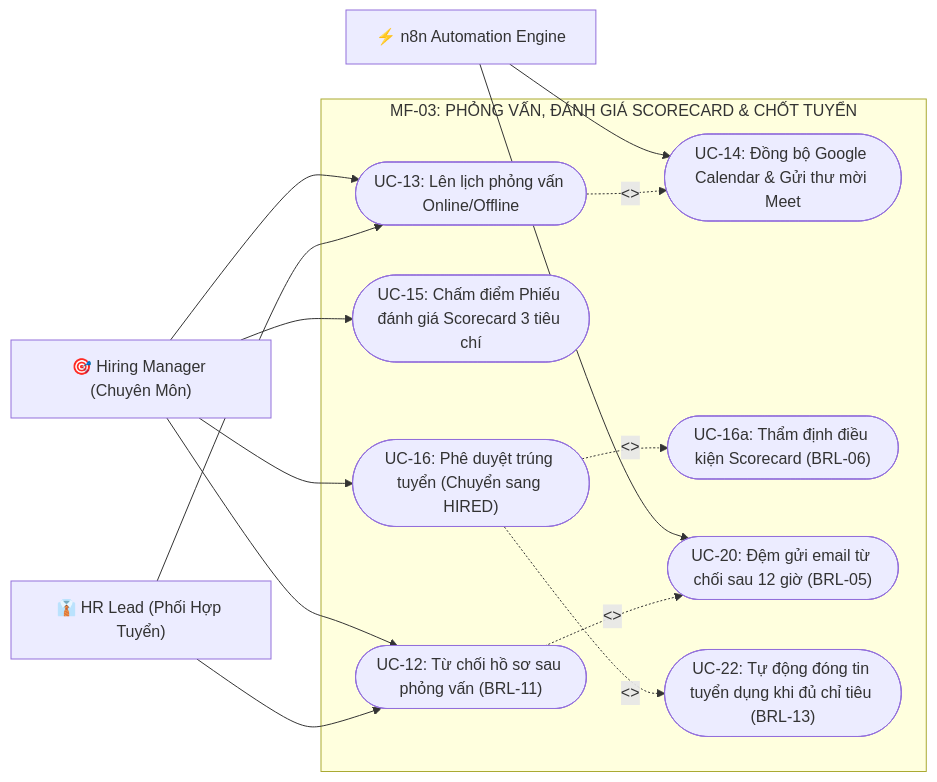
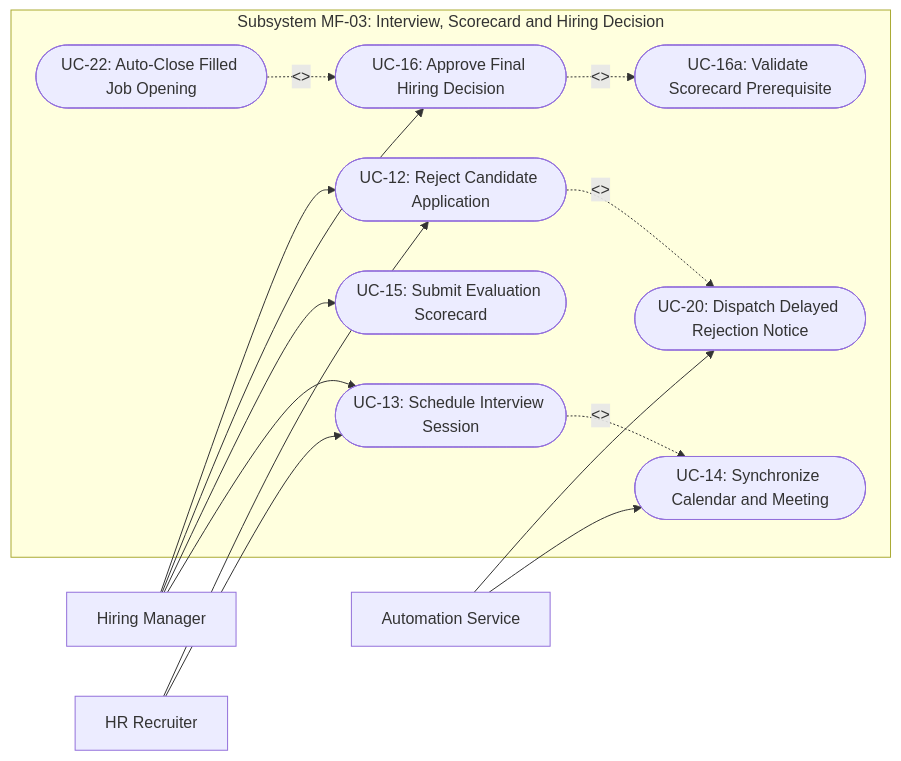
Before and after one commit to TheBigMouse-Fstack/ats-applicant_tracking_system: the eighth of 10 diagrams in docs/diagrams/03_usecase_diagram.md, drawn with Mermaid. The commit also changed other lines of this file and 6 other files, not shown here.

Commit message:
docs(diagrams): convert all use case diagrams and specs to english, remove icons, and align strictly with UML 2.5 standards

````diff
--- a/docs/diagrams/03_usecase_diagram.md
+++ b/docs/diagrams/03_usecase_diagram.md
@@ -466,33 +476,33 @@
 ```mermaid
 flowchart LR
-    HiringMgr["🎯 Hiring Manager (Chuyên Môn)"]
-    Recruiter["👔 HR Lead (Phối Hợp Tuyển)"]
-    AutoService["⚡ n8n Automation Engine"]
+    HiringMgr["Hiring Manager"]
+    Recruiter["HR Recruiter"]
+    AutoService["Automation Service"]
 
-    subgraph MF03["MF-03: PHỎNG VẤN, ĐÁNH GIÁ SCORECARD & CHỐT TUYỂN"]
-        UC13(["UC-13: Lên lịch phỏng vấn Online/Offline"])
-        UC14(["UC-14: Đồng bộ Google Calendar & Gửi thư mời Meet"])
-        UC15(["UC-15: Chấm điểm Phiếu đánh giá Scorecard 3 tiêu chí"])
-        UC16(["UC-16: Phê duyệt trúng tuyển (Chuyển sang HIRED)"])
-        UC16a(["UC-16a: Thẩm định điều kiện Scorecard (BRL-06)"])
-        UC12(["UC-12: Từ chối hồ sơ sau phỏng vấn (BRL-11)"])
-        UC20(["UC-20: Đệm gửi email từ chối sau 12 giờ (BRL-05)"])
-        UC22(["UC-22: Tự động đóng tin tuyển dụng khi đủ chỉ tiêu (BRL-13)"])
+    subgraph MF03["Subsystem MF-03: Interview, Scorecard and Hiring Decision"]
+        UC13(["UC-13: Schedule Interview Session"])
+        UC14(["UC-14: Synchronize Calendar and Meeting"])
+        UC15(["UC-15: Submit Evaluation Scorecard"])
+        UC16(["UC-16: Approve Final Hiring Decision"])
+        UC16a(["UC-16a: Validate Scorecard Prerequisite"])
+        UC12(["UC-12: Reject Candidate Application"])
+        UC20(["UC-20: Dispatch Delayed Rejection Notice"])
+        UC22(["UC-22: Auto-Close Filled Job Opening"])
     end
 
     HiringMgr --> UC13
     HiringMgr --> UC15
     HiringMgr --> UC16
     HiringMgr --> UC12
 
     Recruiter --> UC13
     Recruiter --> UC12
 
     AutoService --> UC14
     AutoService --> UC20
 
     UC13 -. "<<include>>" .-> UC14
     UC16 -. "<<include>>" .-> UC16a
-    UC16 -. "<<extend>>" .-> UC22
     UC12 -. "<<include>>" .-> UC20
+    UC22 -. "<<extend>>" .-> UC16
 ```
````
